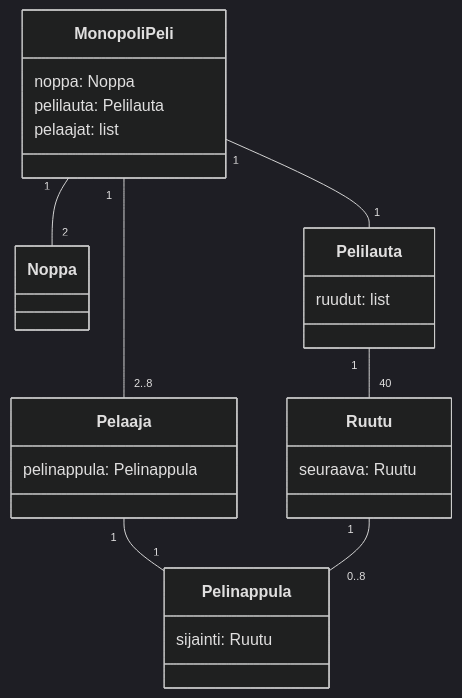
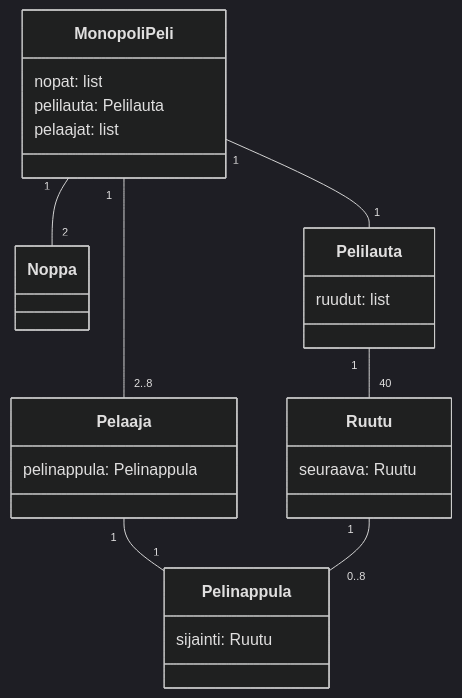
One commit to eemilhaa/ot-harjoitustyo changed the diagram in laskarit/viikko3/monopoli.md. Above: the diagram before and after it, drawn with Mermaid (dark theme).

````diff
--- a/laskarit/viikko3/monopoli.md
+++ b/laskarit/viikko3/monopoli.md
@@ -2,27 +2,27 @@
 ```mermaid
 classDiagram
   class Noppa
   class Pelaaja{
     pelinappula: Pelinappula
   }
   class Pelilauta {
     ruudut: list
   }
   class Ruutu{
     seuraava: Ruutu
   }
   class Pelinappula {
     sijainti: Ruutu
   }
   class MonopoliPeli{
-    noppa: Noppa
+    nopat: list
     pelilauta: Pelilauta
     pelaajat: list
   }
   Pelaaja "1"--"1" Pelinappula
   Ruutu "1"--"0..8" Pelinappula
   Pelilauta "1"--"40" Ruutu
   MonopoliPeli "1"--"2" Noppa
   MonopoliPeli "1"--"2..8" Pelaaja
   MonopoliPeli "1"--"1" Pelilauta
 ```
````
